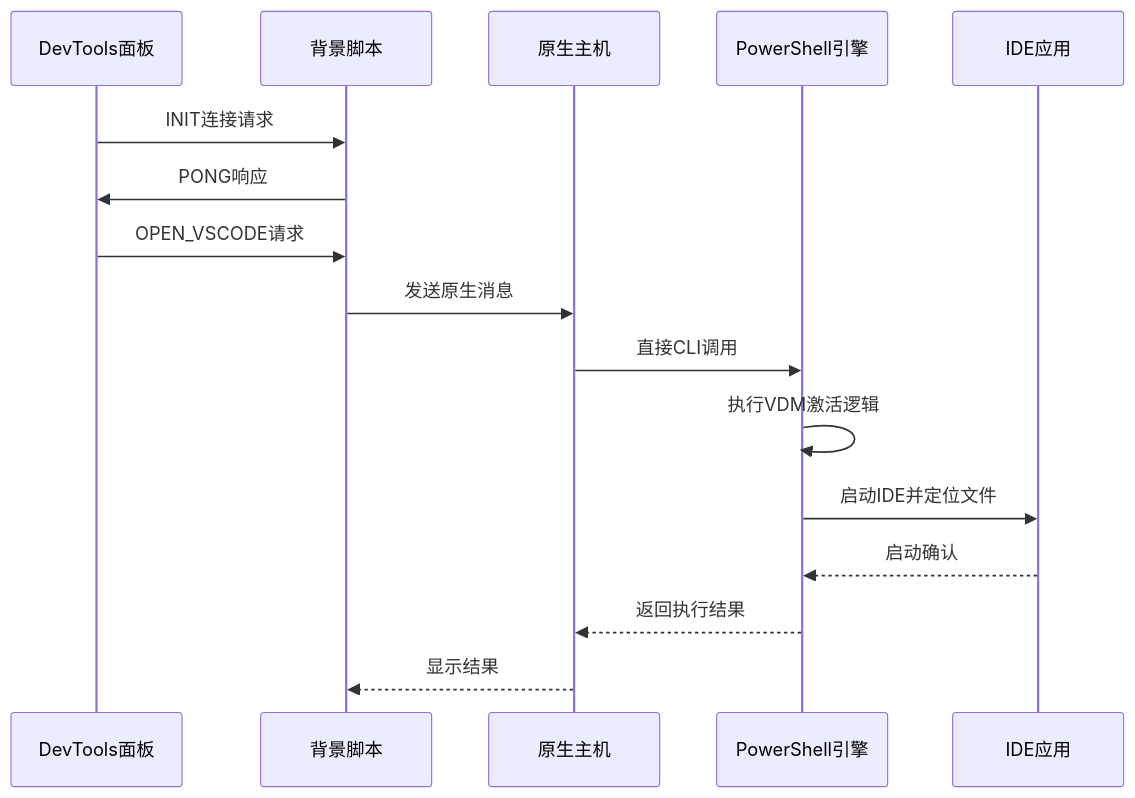
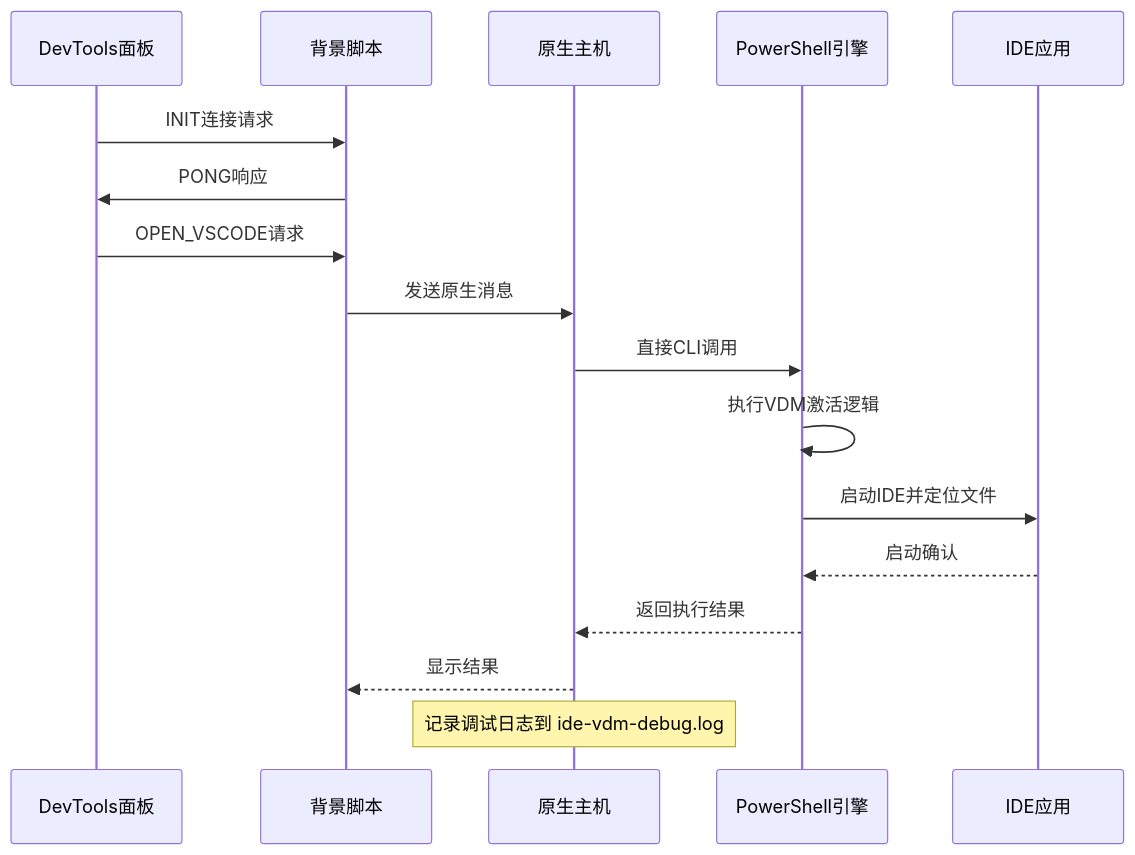
Before and after one commit to wangys-123doit/hotkey: the second of 11 diagrams in .qoder/repowiki/zh/content/外部工具集成/DevTools VS Code 开发者工具集成系统.md, drawn with Mermaid. The commit also changed other lines of this file and 5 other files, not shown here.

````diff
--- a/.qoder/repowiki/zh/content/外部工具集成/DevTools VS Code 开发者工具集成系统.md
+++ b/.qoder/repowiki/zh/content/外部工具集成/DevTools VS Code 开发者工具集成系统.md
@@ -127,18 +133,19 @@
 ```mermaid
 sequenceDiagram
 participant DevTools as DevTools面板
 participant Background as 背景脚本
 participant NativeHost as 原生主机
 participant PowerShell as PowerShell引擎
 participant IDE as IDE应用
 DevTools->>Background : INIT连接请求
 Background->>DevTools : PONG响应
 DevTools->>Background : OPEN_VSCODE请求
 Background->>NativeHost : 发送原生消息
 NativeHost->>PowerShell : 直接CLI调用
 PowerShell->>PowerShell : 执行VDM激活逻辑
 PowerShell->>IDE : 启动IDE并定位文件
 IDE-->>PowerShell : 启动确认
 PowerShell-->>NativeHost : 返回执行结果
 NativeHost-->>Background : 显示结果
+Note over NativeHost : 记录调试日志到 ide-vdm-debug.log
 ```
````
